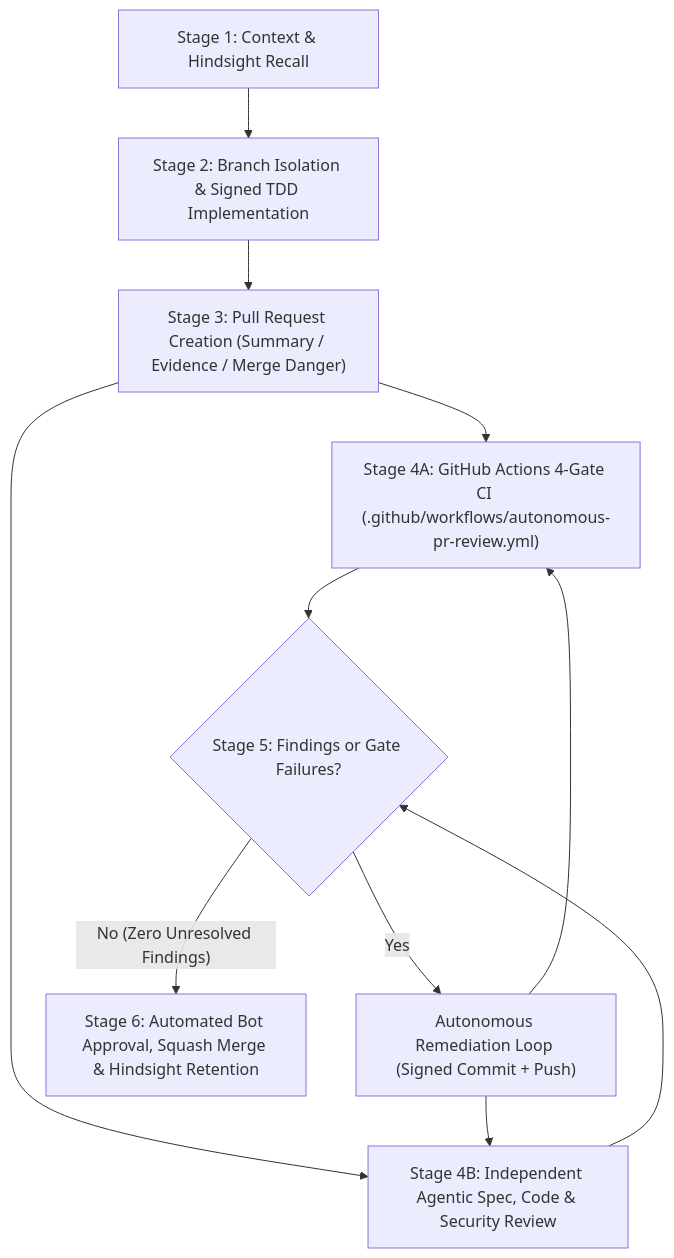
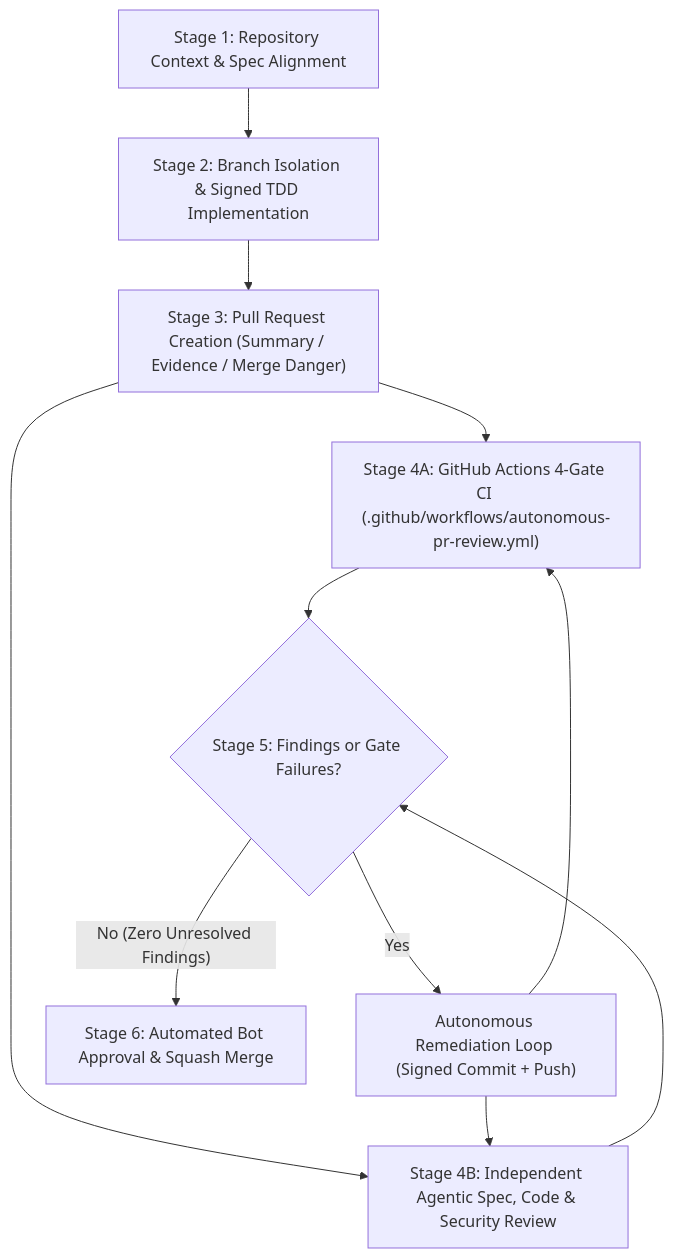
Before and after one commit to TinkeringDao/wadamesh: the diagram in docs/agents/autonomous-pipeline.md, drawn with Mermaid. The commit also changed other lines of this file and 2 other files, not shown here.

````diff
--- a/docs/agents/autonomous-pipeline.md
+++ b/docs/agents/autonomous-pipeline.md
@@ -9,13 +9,13 @@
 ```mermaid
 flowchart TD
-    S1["Stage 1: Context & Hindsight Recall"] --> S2["Stage 2: Branch Isolation & Signed TDD Implementation"]
+    S1["Stage 1: Repository Context & Spec Alignment"] --> S2["Stage 2: Branch Isolation & Signed TDD Implementation"]
     S2 --> S3["Stage 3: Pull Request Creation (Summary / Evidence / Merge Danger)"]
     S3 --> S4A["Stage 4A: GitHub Actions 4-Gate CI (.github/workflows/autonomous-pr-review.yml)"]
     S3 --> S4B["Stage 4B: Independent Agentic Spec, Code & Security Review"]
     S4A --> S5{"Stage 5: Findings or Gate Failures?"}
     S4B --> S5
     S5 -- "Yes" --> REM["Autonomous Remediation Loop (Signed Commit + Push)"]
     REM --> S4A
     REM --> S4B
-    S5 -- "No (Zero Unresolved Findings)" --> S6["Stage 6: Automated Bot Approval, Squash Merge & Hindsight Retention"]
+    S5 -- "No (Zero Unresolved Findings)" --> S6["Stage 6: Automated Bot Approval & Squash Merge"]
 ```
````
